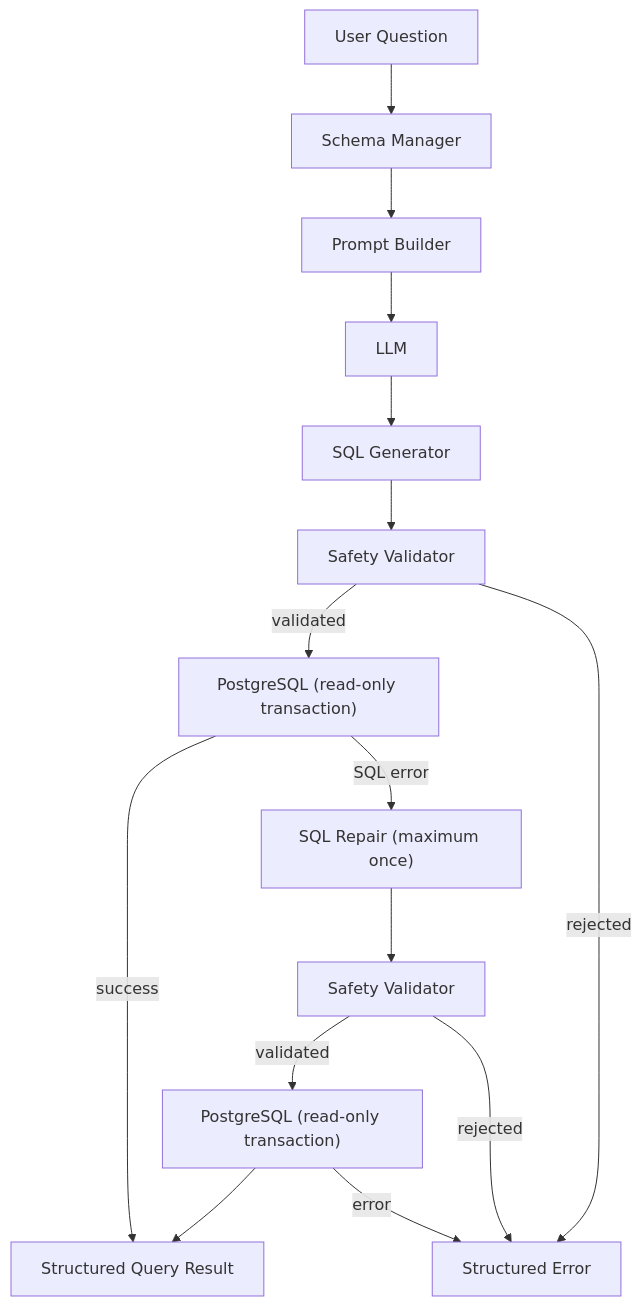
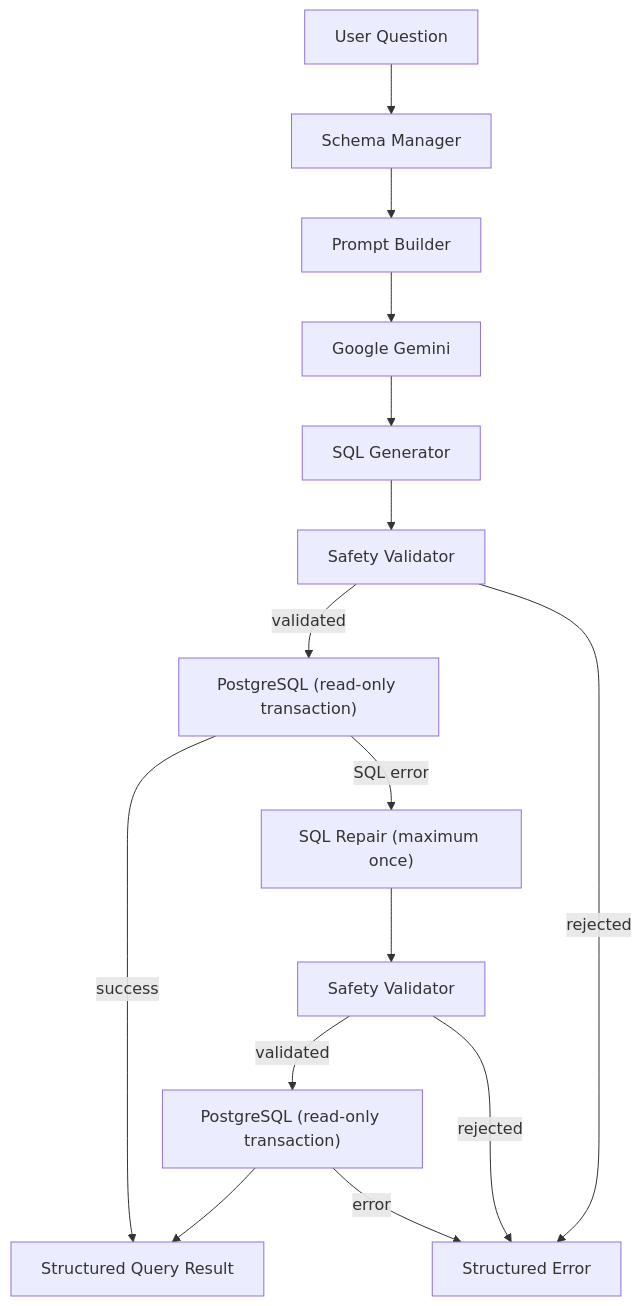
Before and after one commit to Pardhu156/Enterprise-AI-SQL-Analytics-Copilot: the third of 7 diagrams in README.md, drawn with Mermaid. The commit also changed other lines of this file and 5 other files, not shown here.

````diff
--- a/README.md
+++ b/README.md
@@ -289,17 +304,17 @@
 ```mermaid
 flowchart TD
     Q["User Question"] --> S["Schema Manager"]
     S --> P["Prompt Builder"]
-    P --> L["LLM"]
+    P --> L["Google Gemini"]
     L --> G["SQL Generator"]
     G --> V["Safety Validator"]
     V -->|"validated"| DB["PostgreSQL (read-only transaction)"]
     V -->|"rejected"| E["Structured Error"]
     DB -->|"success"| R["Structured Query Result"]
     DB -->|"SQL error"| X["SQL Repair (maximum once)"]
     X --> V2["Safety Validator"]
     V2 -->|"validated"| DB2["PostgreSQL (read-only transaction)"]
     V2 -->|"rejected"| E
     DB2 --> R
     DB2 -->|"error"| E
 ```
````
